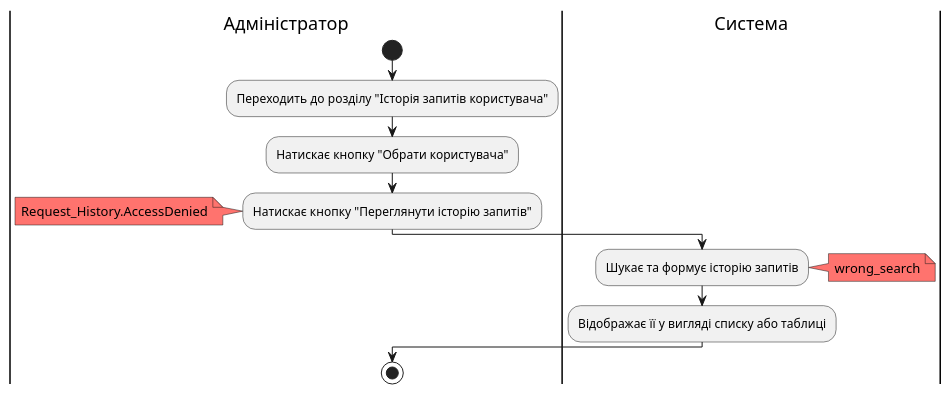
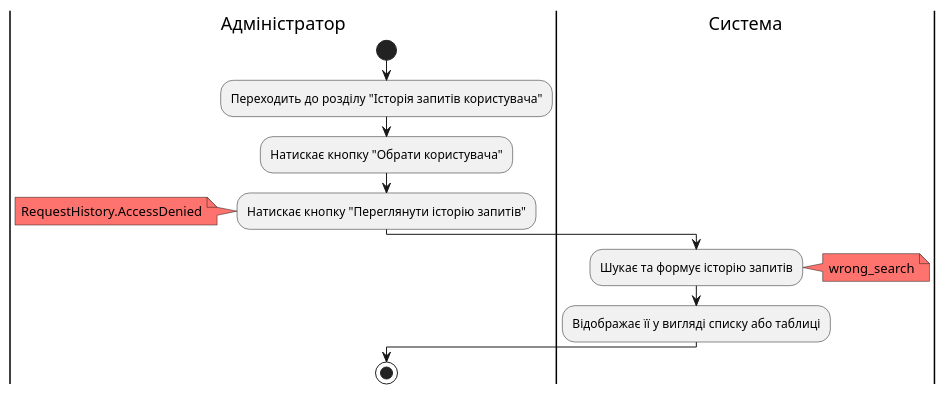
Diagram 14 of 18 in docs/use cases/README.md (nonGratis/retarder-io-23-3-26), drawn with PlantUML before and after one commit. The commit also changed other lines of this file and 4 other files, not shown here.

```diff
--- a/docs/use cases/README.md
+++ b/docs/use cases/README.md
@@ -452,18 +457,18 @@
 @startuml
-|Адміністратор| 
+|Адміністратор|
     start
     :Переходить до розділу "Історія запитів користувача";
     :Натискає кнопку "Обрати користувача";
     :Натискає кнопку "Переглянути історію запитів";
         note left #FF736E
-            Request_History.AccessDenied
+            RequestHistory.AccessDenied
         end note
 |Система|
     :Шукає та формує історію запитів;
         note right #FF736E
             wrong_search
         end note
     :Відображає її у вигляді списку або таблиці;
 |Адміністратор|
     stop
 @enduml
```
